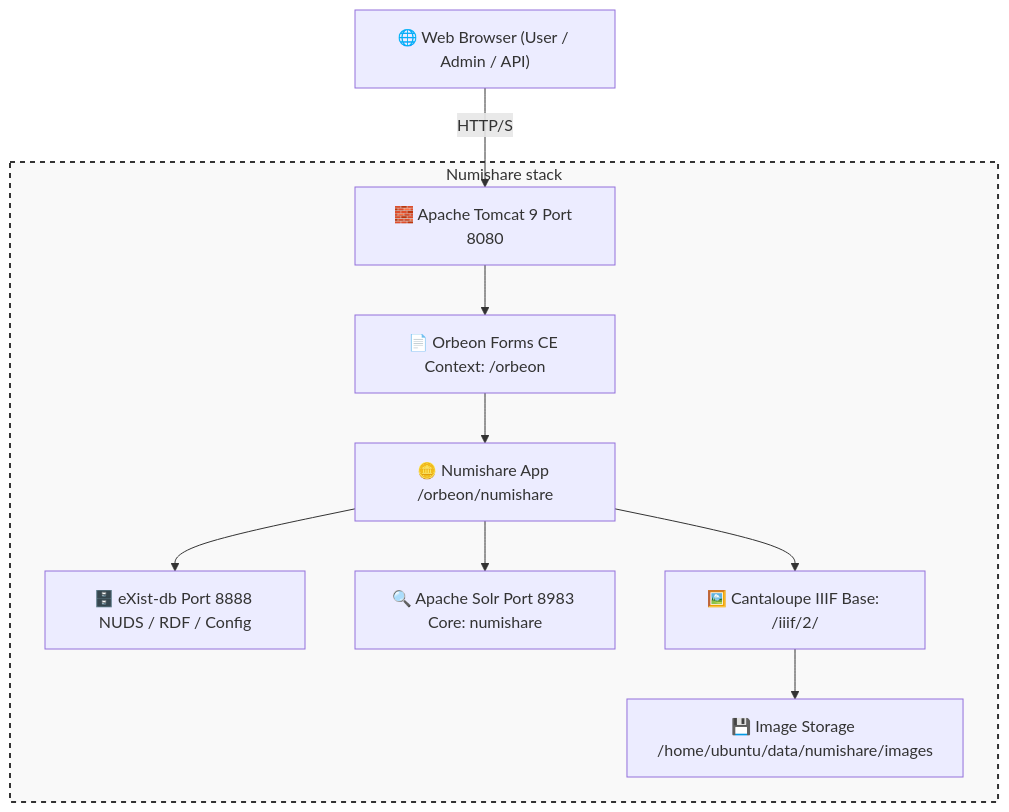
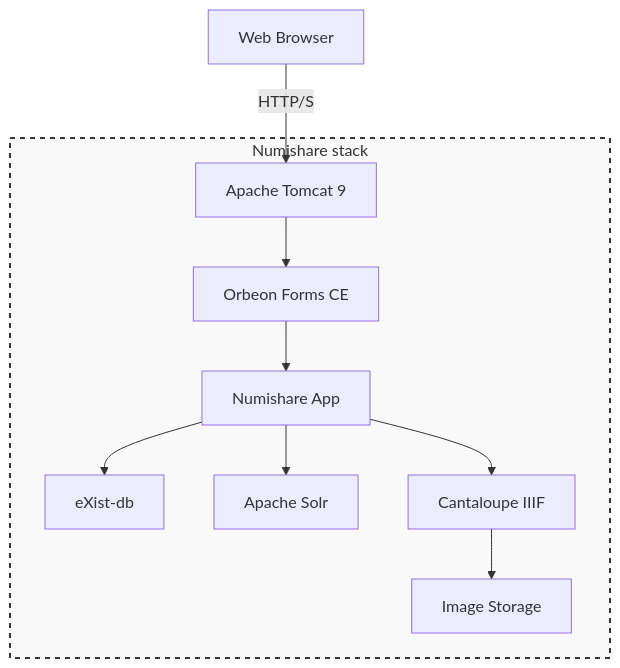
One commit to iramat/almacir changed the diagram in talks/index.qmd. Above: the diagram before and after it, drawn with Mermaid. The commit also changed other lines of this file and 2 other files, not shown here.

````diff
--- a/talks/index.qmd
+++ b/talks/index.qmd
@@ -82,24 +99,24 @@
 ```{mermaid}
 flowchart TB
-    Browser["🌐 Web Browser (User / Admin / API)"]
+    Browser["Web Browser"]
     
     subgraph Numishare_stack ["Numishare stack"]
-        Tomcat["🧱 Apache Tomcat 9 Port 8080"]
-        Orbeon["📄 Orbeon Forms CE Context: /orbeon"]
-        Numishare["🪙 Numishare App /orbeon/numishare"]
-        Exist["🗄️ eXist-db Port 8888 NUDS / RDF / Config"]
-        Solr["🔍 Apache Solr Port 8983 Core: numishare"]
-        Cantaloupe["🖼️ Cantaloupe IIIF Base: /iiif/2/"]
-        Images["💾 Image Storage /home/ubuntu/data/numishare/images"]
+        Tomcat["Apache Tomcat 9"]
+        Orbeon["Orbeon Forms CE"]
+        Numishare["Numishare App"]
+        Exist["eXist-db"]
+        Solr["Apache Solr"]
+        Cantaloupe["Cantaloupe IIIF"]
+        Images["Image Storage"]
     end
     
     style Numishare_stack fill:#f9f9f9,stroke:#333,stroke-width:2px,stroke-dasharray: 5 5
 
     Browser -->|HTTP/S| Tomcat
     Tomcat --> Orbeon
     Orbeon --> Numishare
     Numishare --> Exist
     Numishare --> Solr
     Numishare --> Cantaloupe
     Cantaloupe --> Images
 ```
````
